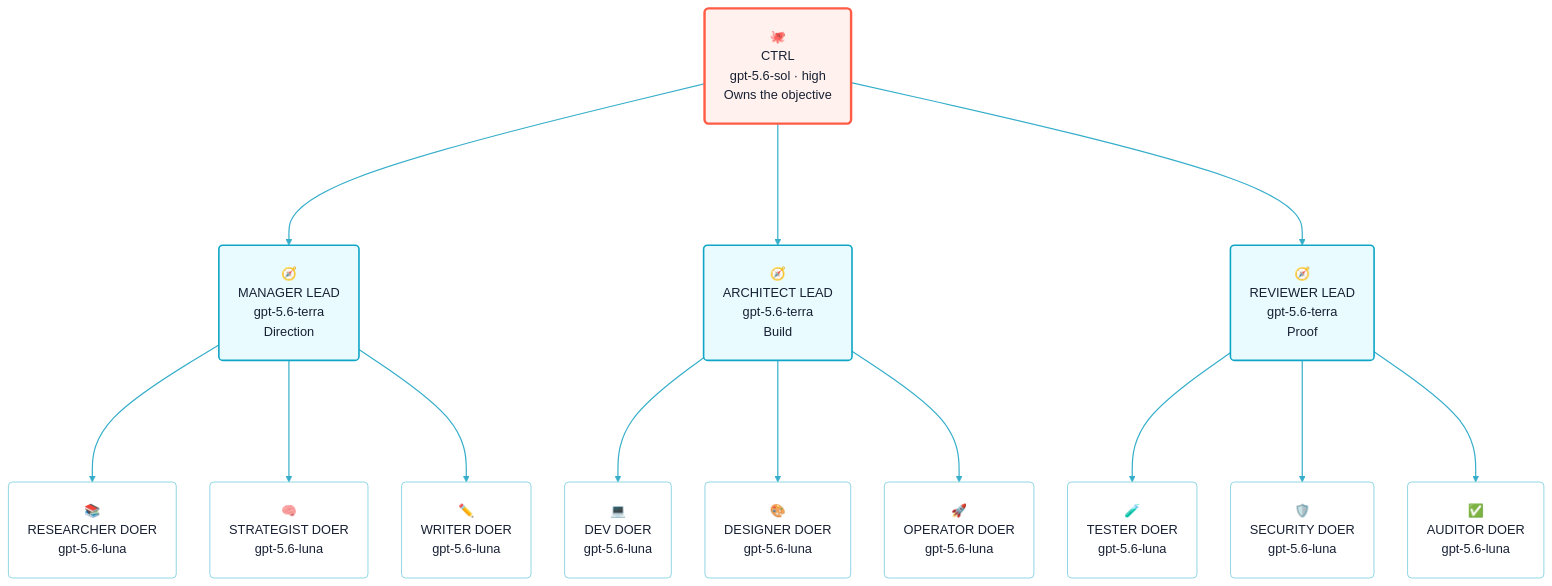
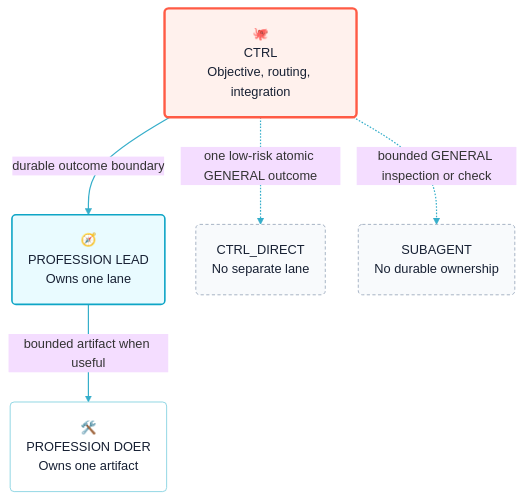
Before and after one commit to flowwweb/swarm: the diagram in README.md, drawn with Mermaid. The commit also changed other lines of this file and 2 other files, not shown here.

````diff
--- a/README.md
+++ b/README.md
@@ -27,29 +30,19 @@
 ```mermaid
-%%{init: {"theme":"base","themeVariables":{"lineColor":"#36aeca"},"flowchart":{"nodeSpacing":42,"rankSpacing":152,"curve":"basis","padding":24}}}%%
+%%{init: {"theme":"base","themeVariables":{"lineColor":"#36aeca"},"flowchart":{"nodeSpacing":34,"rankSpacing":74,"curve":"basis","padding":20}}}%%
 flowchart TB
-  C("🐙<br/>CTRL<br/>gpt-5.6-sol · high<br/>Owns the objective")
-
-  C --> P("🧭<br/>MANAGER LEAD<br/>gpt-5.6-terra<br/>Direction")
-  C --> E("🧭<br/>ARCHITECT LEAD<br/>gpt-5.6-terra<br/>Build")
-  C --> Q("🧭<br/>REVIEWER LEAD<br/>gpt-5.6-terra<br/>Proof")
-
-  P --> P1("📚<br/>RESEARCHER DOER<br/>gpt-5.6-luna")
-  P --> P2("🧠<br/>STRATEGIST DOER<br/>gpt-5.6-luna")
-  P --> P3("✏️<br/>WRITER DOER<br/>gpt-5.6-luna")
-
-  E --> E1("💻<br/>DEV DOER<br/>gpt-5.6-luna")
-  E --> E2("🎨<br/>DESIGNER DOER<br/>gpt-5.6-luna")
-  E --> E3("🚀<br/>OPERATOR DOER<br/>gpt-5.6-luna")
-
-  Q --> Q1("🧪<br/>TESTER DOER<br/>gpt-5.6-luna")
-  Q --> Q2("🛡️<br/>SECURITY DOER<br/>gpt-5.6-luna")
-  Q --> Q3("✅<br/>AUDITOR DOER<br/>gpt-5.6-luna")
+  C("🐙<br/>CTRL<br/>Objective, routing, integration")
+  C -->|durable outcome boundary| L("🧭<br/>PROFESSION LEAD<br/>Owns one lane")
+  L -->|bounded artifact when useful| D("🛠️<br/>PROFESSION DOER<br/>Owns one artifact")
+  C -.->|one low-risk atomic GENERAL outcome| X("CTRL_DIRECT<br/>No separate lane")
+  C -.->|bounded GENERAL inspection or check| S("SUBAGENT<br/>No durable ownership")
 
   classDef ctrl fill:#fff1ed,stroke:#ff5b45,color:#172033,stroke-width:3px;
   classDef lead fill:#e9fbff,stroke:#0ea5c6,color:#172033,stroke-width:2px;
   classDef doer fill:#ffffff,stroke:#78cddd,color:#172033,stroke-width:1px;
+  classDef internal fill:#f8fafc,stroke:#94a3b8,color:#172033,stroke-width:1px,stroke-dasharray:4 3;
   class C ctrl;
-  class P,E,Q lead;
-  class P1,P2,P3,E1,E2,E3,Q1,Q2,Q3 doer;
+  class L lead;
+  class D doer;
+  class X,S internal;
   linkStyle default stroke:#36aeca,stroke-width:1.5px;
 ```
````
